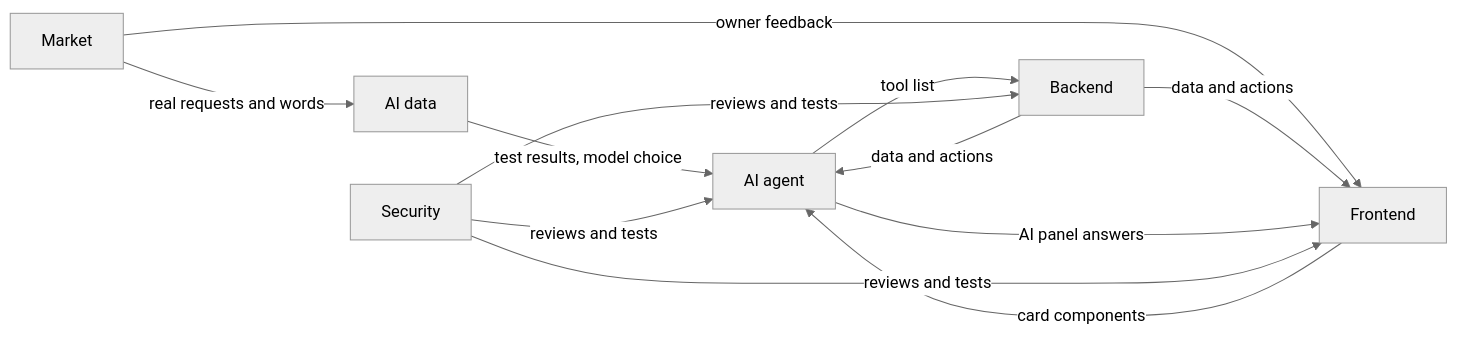
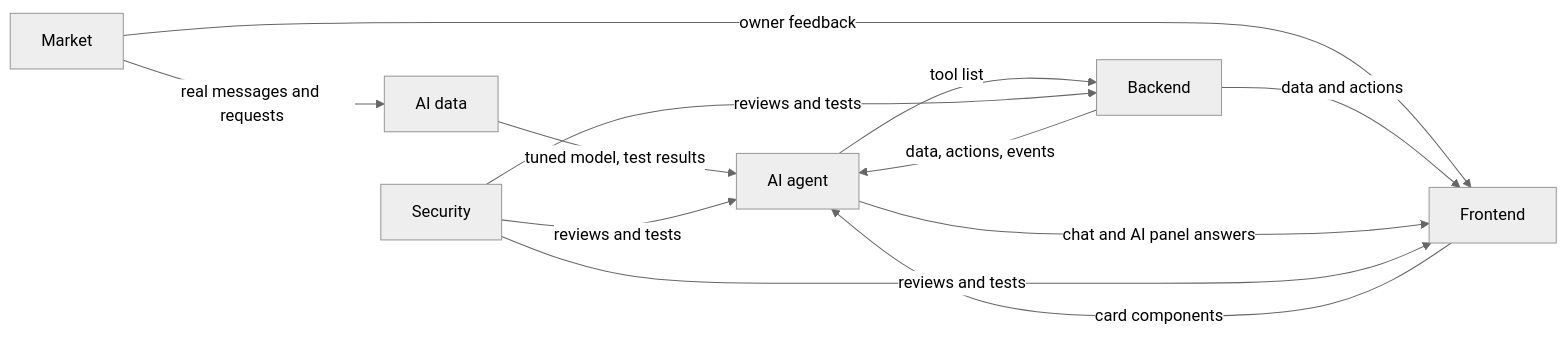
Before and after one commit to puagraduationproject/graduationproject: the diagram in plan-term1.md, drawn with Mermaid (neutral theme). The commit also changed other lines of this file and 3 other files, not shown here.

````diff
--- a/plan-term1.md
+++ b/plan-term1.md
@@ -99,14 +108,14 @@
 ```mermaid
 flowchart LR
-    Market -->|"real requests and words"| AIData[AI data]
+    Market -->|"real messages and requests"| AIData[AI data]
     Market -->|"owner feedback"| Frontend
-    AIData -->|"test results, model choice"| AIAgent[AI agent]
+    AIData -->|"tuned model, test results"| AIAgent[AI agent]
+    AIAgent -->|"tool list"| Backend
+    Backend -->|"data, actions, events"| AIAgent
     Backend -->|"data and actions"| Frontend
-    Backend -->|"data and actions"| AIAgent
-    AIAgent -->|"tool list"| Backend
     Frontend -->|"card components"| AIAgent
-    AIAgent -->|"AI panel answers"| Frontend
+    AIAgent -->|"chat and AI panel answers"| Frontend
     Security -->|"reviews and tests"| Backend
     Security -->|"reviews and tests"| AIAgent
     Security -->|"reviews and tests"| Frontend
 ```
````
